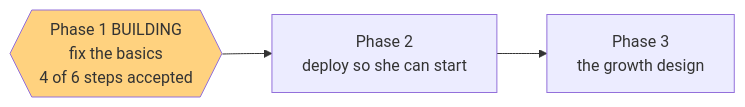
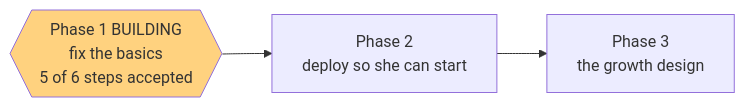
The diagram in .oplan/poc-basics/STATUS.md (dkreinov/magic-clinic-english), drawn with Mermaid before and after one commit. The commit also changed other lines of this file and 2 other files, not shown here.

Commit message:
oplan: step 1.5 accepted and checkpointed (3 audit findings fixed)

````diff
--- a/.oplan/poc-basics/STATUS.md
+++ b/.oplan/poc-basics/STATUS.md
@@ -9,7 +9,7 @@
 ```mermaid
 flowchart LR
-    P1{{Phase 1 BUILDING<br/>fix the basics<br/>4 of 6 steps accepted}} --> P2
+    P1{{Phase 1 BUILDING<br/>fix the basics<br/>5 of 6 steps accepted}} --> P2
     P2[Phase 2<br/>deploy so she can start]  --> P3
     P3[Phase 3<br/>the growth design]
     style P1 fill:#ffd27f
 ```
````
